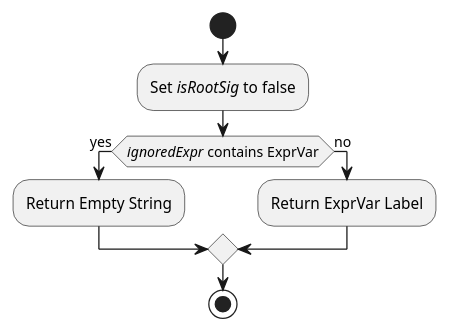
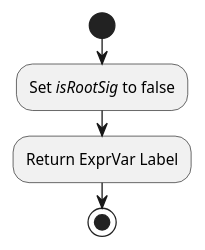
Before and after one commit to ontological-behavior-modeling/tester: the diagram in src/main/javadoc/edu/gatech/gtri/obm/alloy/translator/doc-files/ExprVisitor_visitExprVar.puml, drawn with PlantUML. The commit also changed 12 other files, not shown here.

```diff
--- a/src/main/javadoc/edu/gatech/gtri/obm/alloy/translator/doc-files/ExprVisitor_visitExprVar.puml
+++ b/src/main/javadoc/edu/gatech/gtri/obm/alloy/translator/doc-files/ExprVisitor_visitExprVar.puml
@@ -1,10 +1,6 @@
 @startuml
 start
 :Set //isRootSig// to false;
-if(//ignoredExpr// contains ExprVar) then (yes)
-:Return Empty String;
-else(no)
 :Return ExprVar Label;
-endif
 stop
 @enduml
```
